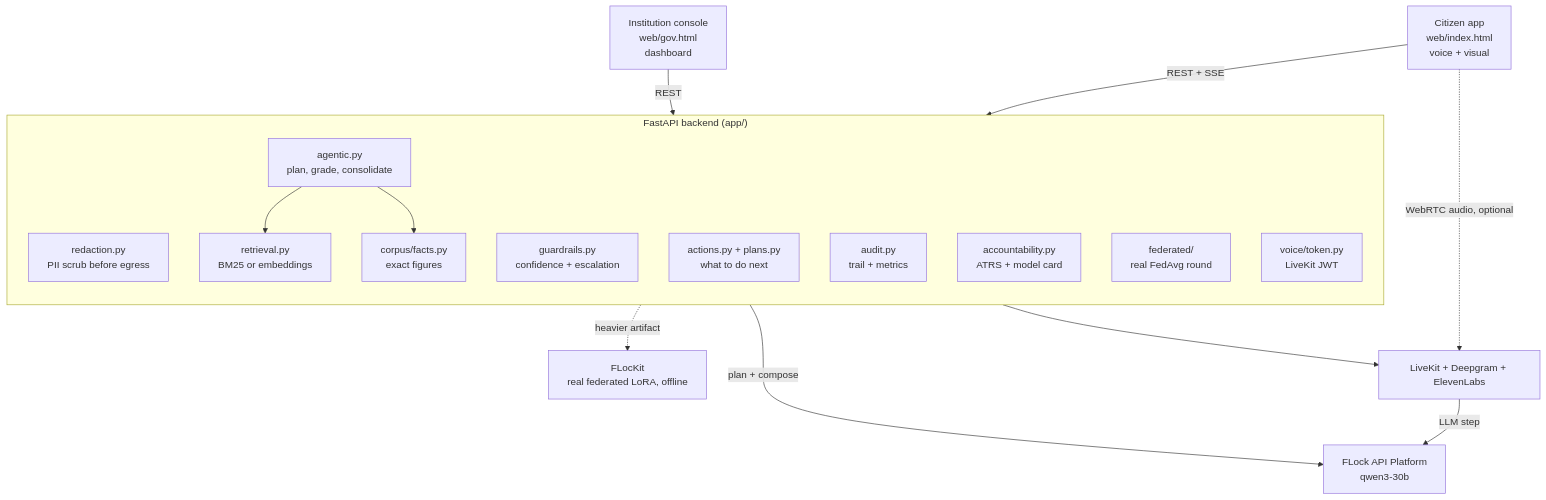
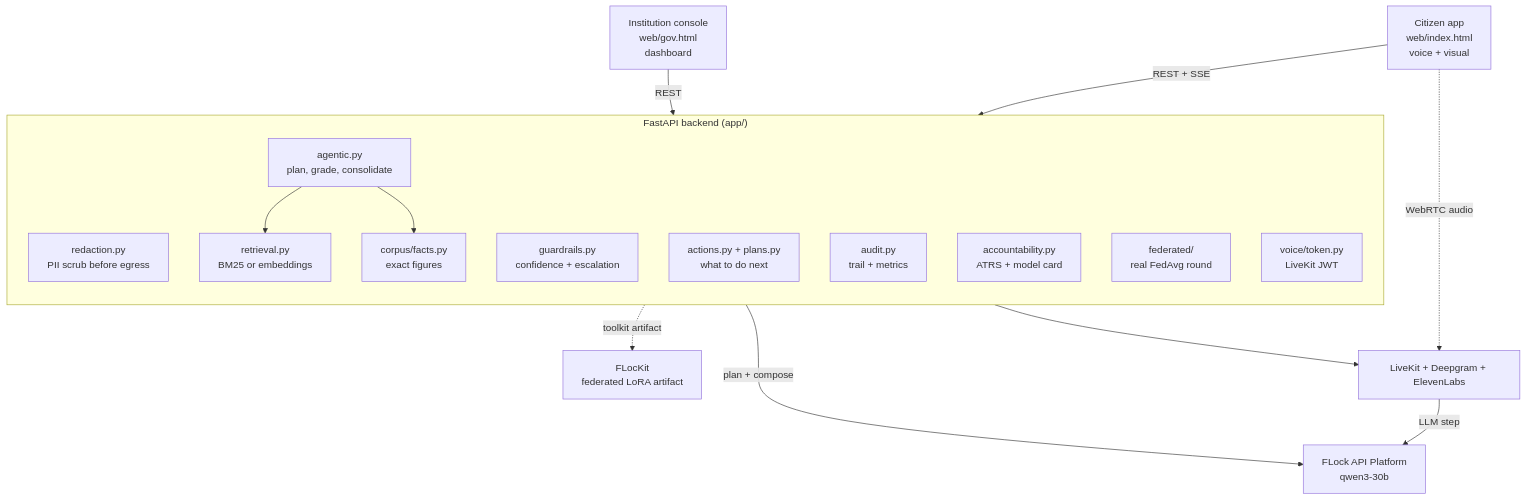
One commit to Remo-lilnonbinary/tributo changed the first of 7 diagrams in README.md. Above: the diagram before and after it, drawn with Mermaid. The commit also changed other lines of this file, not shown here.

````diff
--- a/README.md
+++ b/README.md
@@ -104,33 +104,33 @@
 ```mermaid
 flowchart TB
     APP["Citizen app<br/>web/index.html<br/>voice + visual"]
     GOV["Institution console<br/>web/gov.html<br/>dashboard"]
 
     subgraph BE["FastAPI backend (app/)"]
       direction TB
       RED["redaction.py<br/>PII scrub before egress"]
       AGN["agentic.py<br/>plan, grade, consolidate"]
       RET["retrieval.py<br/>BM25 or embeddings"]
       FCT["corpus/facts.py<br/>exact figures"]
       GRD["guardrails.py<br/>confidence + escalation"]
       ACT["actions.py + plans.py<br/>what to do next"]
       AUD["audit.py<br/>trail + metrics"]
       ACC["accountability.py<br/>ATRS + model card"]
       FED["federated/<br/>real FedAvg round"]
       VOX["voice/token.py<br/>LiveKit JWT"]
     end
 
     FLK["FLock API Platform<br/>qwen3-30b"]
-    FKIT["FLocKit<br/>real federated LoRA, offline"]
+    FKIT["FLocKit<br/>federated LoRA artifact"]
     LIVE["LiveKit + Deepgram + ElevenLabs"]
 
     APP -->|"REST + SSE"| BE
     GOV -->|"REST"| BE
-    APP -.->|"WebRTC audio, optional"| LIVE
+    APP -.->|"WebRTC audio"| LIVE
     LIVE -->|"LLM step"| FLK
     AGN --> RET
     AGN --> FCT
     AGN -->|"plan + compose"| FLK
-    FED -.->|"heavier artifact"| FKIT
+    FED -.->|"toolkit artifact"| FKIT
     VOX --> LIVE
 ```
````
